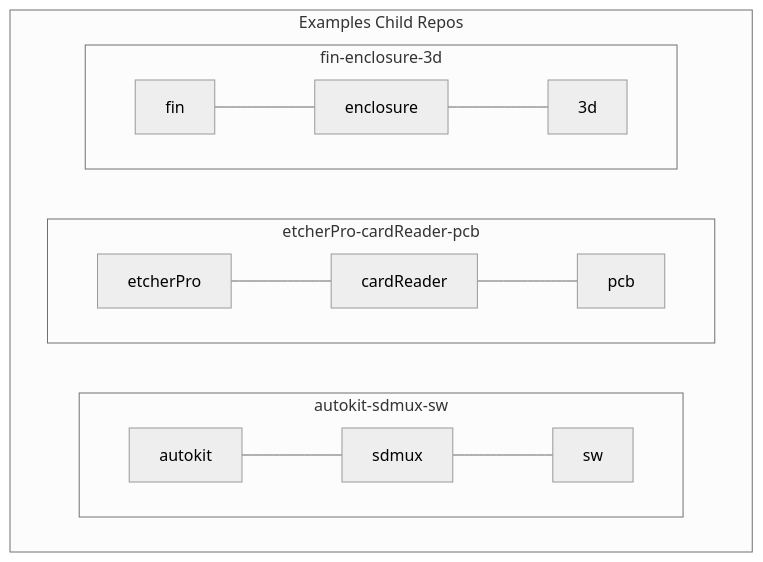
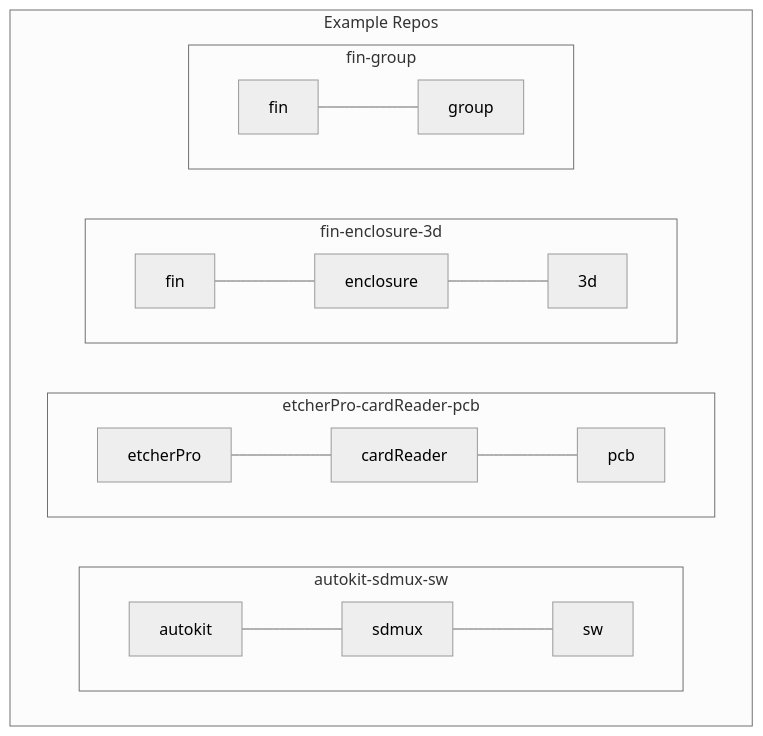
Before and after one commit to balena-io-hardware/meta-hardwareProcess-doc: the second of 2 diagrams in docs/02-product-naming-strategy.md, drawn with Mermaid (neutral theme). The commit also changed other lines of this file, not shown here.

````diff
--- a/docs/02-product-naming-strategy.md
+++ b/docs/02-product-naming-strategy.md
@@ -43,19 +89,23 @@
 ```mermaid
 flowchart LR
 
-    subgraph Examples Child Repos
+    subgraph Example Repos
         direction LR
         subgraph autokit-sdmux-sw
         direction LR
             a[autokit] --- b[sdmux] --- c[sw]
         end
         subgraph etcherPro-cardReader-pcb
         direction LR
             d[etcherPro] --- e[cardReader] --- f[pcb]
         end
         subgraph fin-enclosure-3d
         direction LR
             g[fin] --- h[enclosure] --- i[3d]
         end
+        subgraph fin-group
+        direction LR
+            j[fin] --- k[group]
+        end
     end
 ```
````
